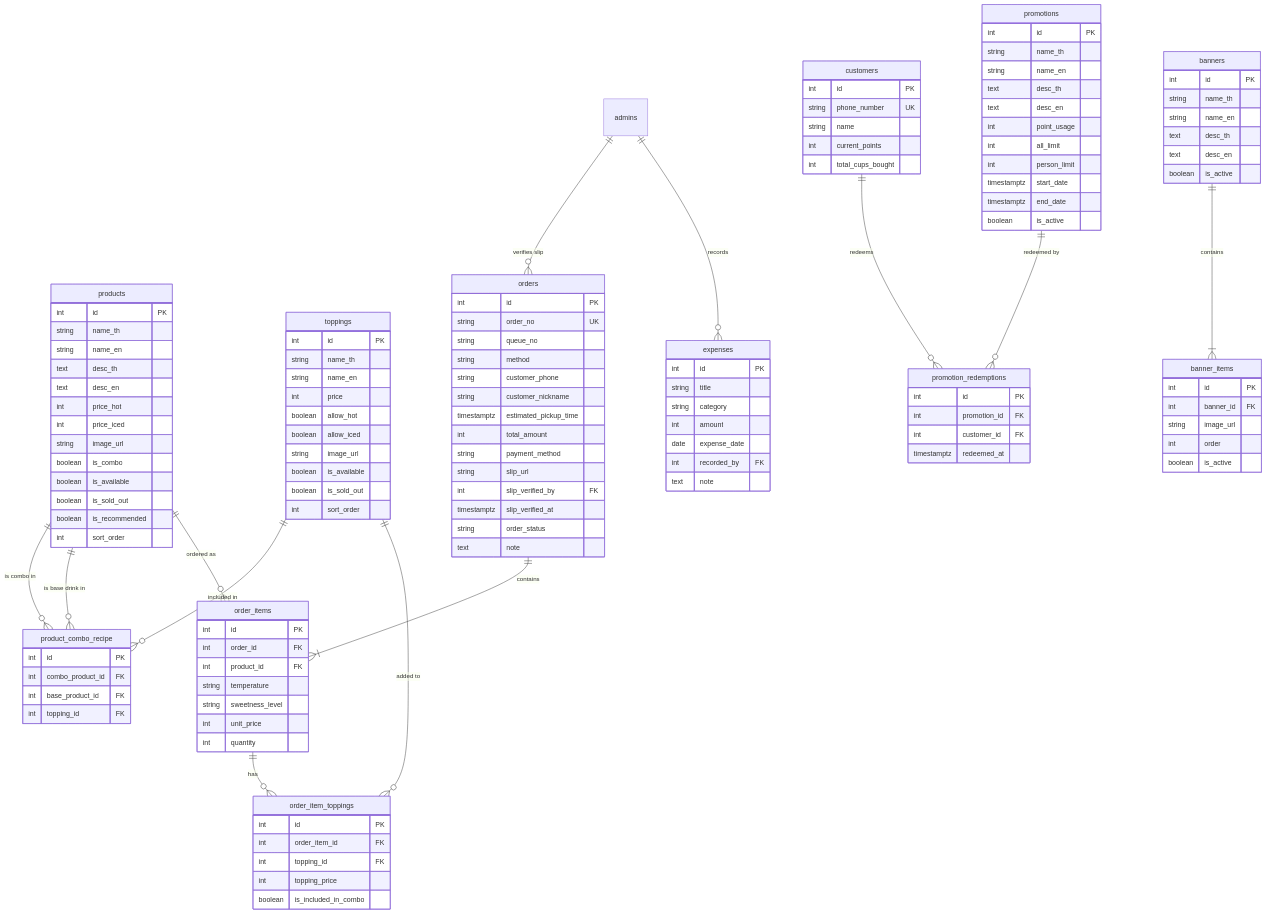
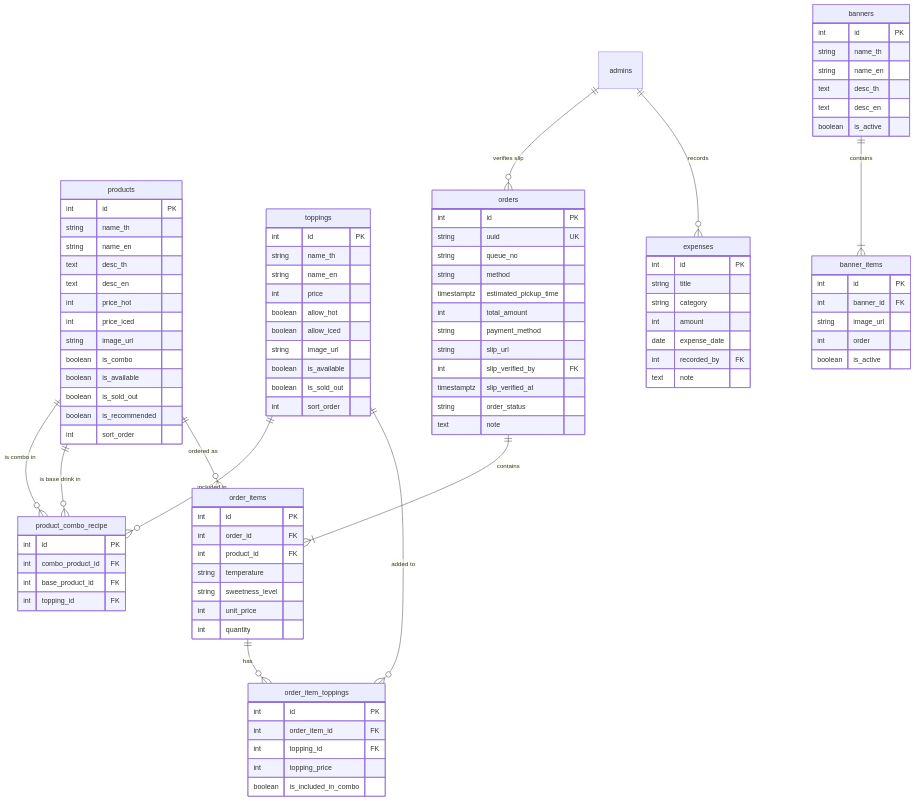
One commit to TongLongRidz/kasetfair-70 changed the first of 2 diagrams in note.md. Above: the diagram before and after it, drawn with Mermaid. The commit also changed other lines of this file and 32 other files, not shown here.

```diff
--- a/note.md
+++ b/note.md
@@ -364,9 +327,6 @@
     products ||--o{ order_items : "ordered as"
     order_items ||--o{ order_item_toppings : "has"
     toppings ||--o{ order_item_toppings : "added to"
-    
-    customers ||--o{ promotion_redemptions : "redeems"
-    promotions ||--o{ promotion_redemptions : "redeemed by"
     
     banners ||--|{ banner_items : "contains"
 
@@ -408,11 +368,9 @@
 
     orders {
         int id PK
-        string order_no UK
+        string uuid UK
         string queue_no
         string method
-        string customer_phone
-        string customer_nickname
         timestamptz estimated_pickup_time
         int total_amount
         string payment_method
@@ -451,35 +409,6 @@
         text note
     }
 
-    customers {
-        int id PK
-        string phone_number UK
-        string name
-        int current_points
-        int total_cups_bought
-    }
-
-    promotions {
-        int id PK
-        string name_th
-        string name_en
-        text desc_th
-        text desc_en
-        int point_usage
-        int all_limit
-        int person_limit
-        timestamptz start_date
-        timestamptz end_date
-        boolean is_active
-    }
-
-    promotion_redemptions {
-        int id PK
-        int promotion_id FK
-        int customer_id FK
-        timestamptz redeemed_at
-    }
-
     banners {
         int id PK
         string name_th
```
